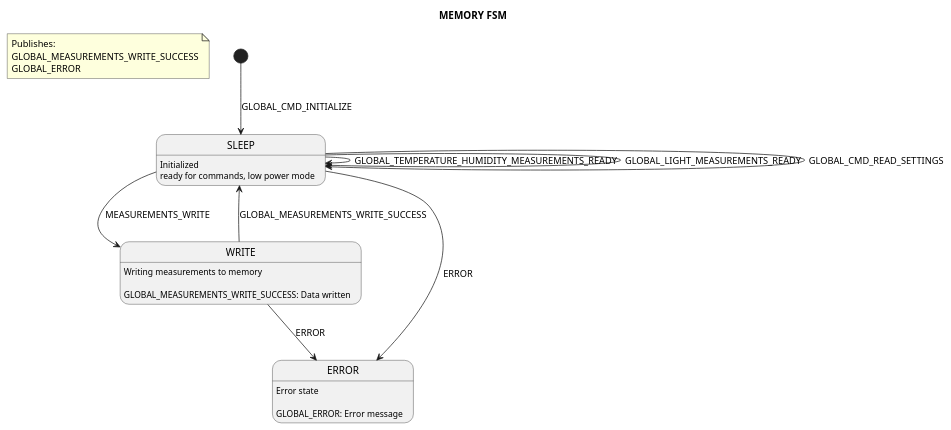
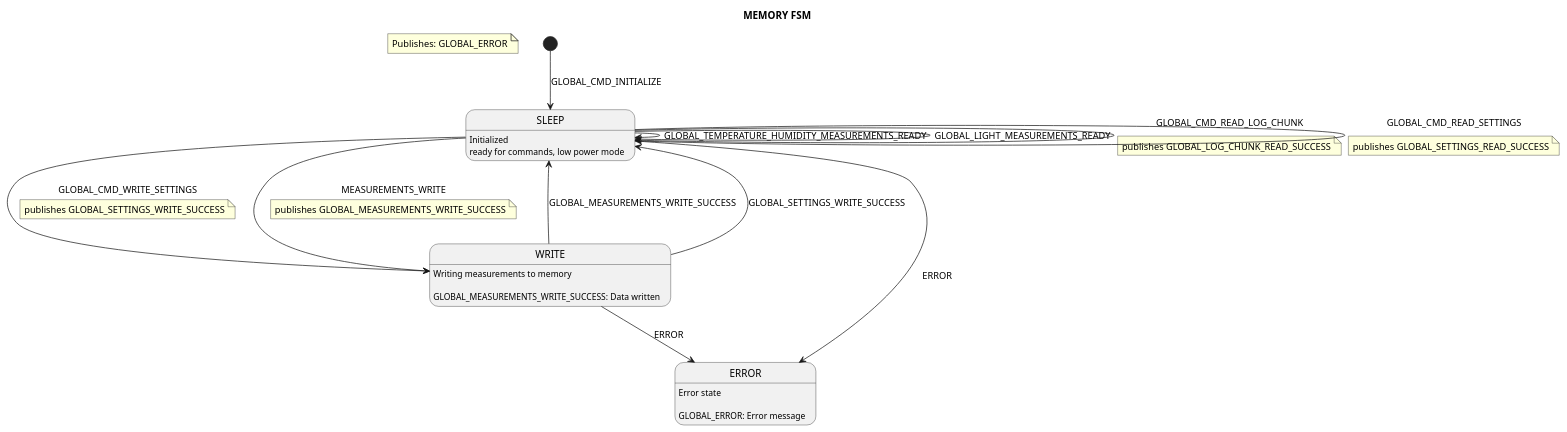
The diagram in firmware/iot-risk-logger-stm32l4/app/tasks/memory/README.md (polesskiy-dev/iot-risk-logger-stm32l4), drawn with PlantUML before and after one commit. The commit also changed 15 other files, not shown here.

Commit message:
:construction: wip(MEMORY) implemented settings read/write flow

````diff
--- a/firmware/iot-risk-logger-stm32l4/app/tasks/memory/README.md
+++ b/firmware/iot-risk-logger-stm32l4/app/tasks/memory/README.md
@@ -10,23 +10,40 @@
 ```plantuml
 @startuml
 title MEMORY FSM
 hide empty description
 
-note "Publishes: \nGLOBAL_MEASUREMENTS_WRITE_SUCCESS\nGLOBAL_ERROR" as N1
+note "Publishes: GLOBAL_ERROR" as N1
 
 SLEEP: Initialized\nready for commands, low power mode
 WRITE: Writing measurements to memory\n\nGLOBAL_MEASUREMENTS_WRITE_SUCCESS: Data written
 ERROR: Error state\n\nGLOBAL_ERROR: Error message
 
 [*] --> SLEEP : GLOBAL_CMD_INITIALIZE
 SLEEP --> SLEEP : GLOBAL_TEMPERATURE_HUMIDITY_MEASUREMENTS_READY
+
 SLEEP --> SLEEP : GLOBAL_LIGHT_MEASUREMENTS_READY
+SLEEP --> SLEEP : GLOBAL_CMD_READ_LOG_CHUNK
+note on link
+    publishes GLOBAL_LOG_CHUNK_READ_SUCCESS
+end note
 SLEEP --> SLEEP : GLOBAL_CMD_READ_SETTINGS
+note on link
+    publishes GLOBAL_SETTINGS_READ_SUCCESS
+end note
+
+SLEEP --> WRITE : GLOBAL_CMD_WRITE_SETTINGS
+note on link
+    publishes GLOBAL_SETTINGS_WRITE_SUCCESS
+end note
 SLEEP --> WRITE : MEASUREMENTS_WRITE
+note on link
+    publishes GLOBAL_MEASUREMENTS_WRITE_SUCCESS
+end note
 
 WRITE --> SLEEP : GLOBAL_MEASUREMENTS_WRITE_SUCCESS
+WRITE --> SLEEP : GLOBAL_SETTINGS_WRITE_SUCCESS
 
 SLEEP --> ERROR : ERROR
 WRITE --> ERROR : ERROR
 @enduml
 ```
````
